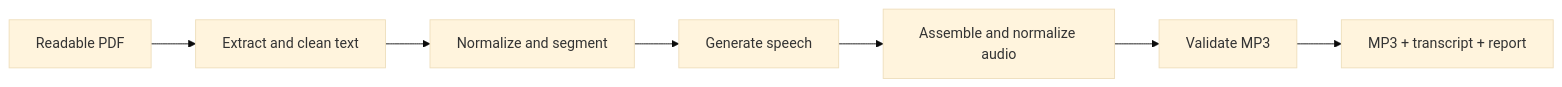
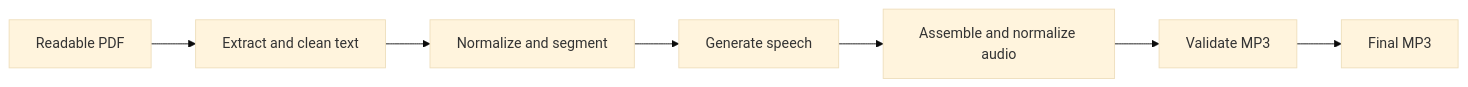
One commit to alegp97/pdf-to-audiobook changed the diagram in README.md. Above: the diagram before and after it, drawn with Mermaid (base theme). The commit also changed other lines of this file and 20 other files, not shown here.

````diff
--- a/README.md
+++ b/README.md
@@ -153,9 +178,9 @@
 ```mermaid
 flowchart LR
   A[Readable PDF] --> B[Extract and clean text]
   B --> C[Normalize and segment]
   C --> D[Generate speech]
   D --> E[Assemble and normalize audio]
   E --> F[Validate MP3]
-  F --> G[MP3 + transcript + report]
+  F --> G[Final MP3]
 ```
````
